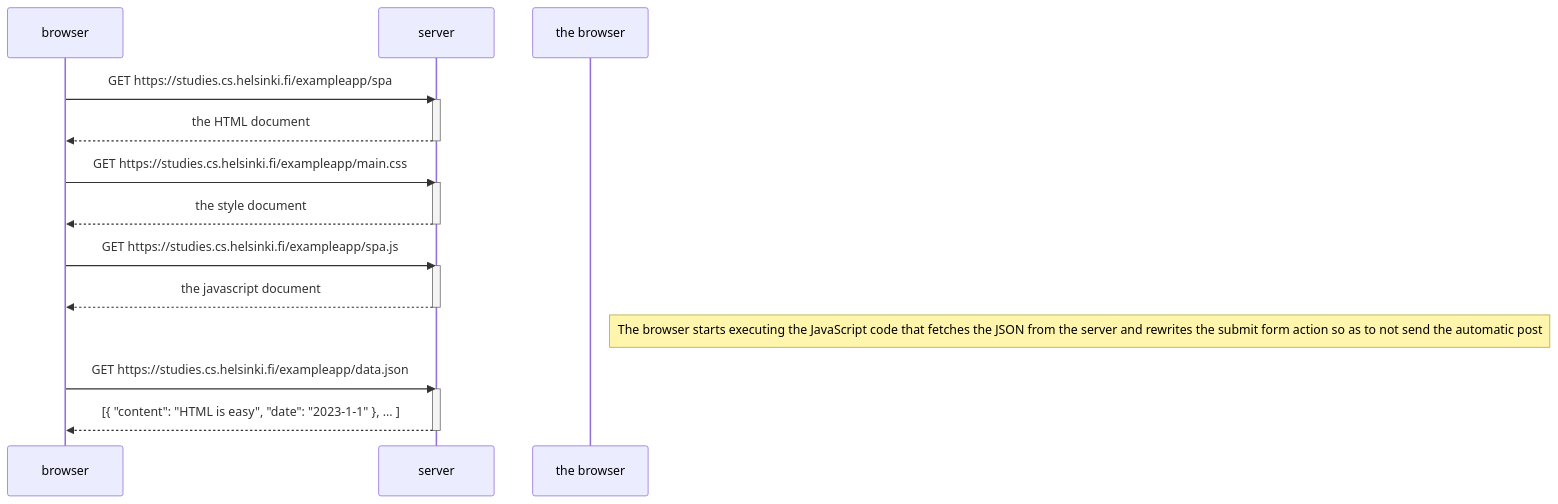
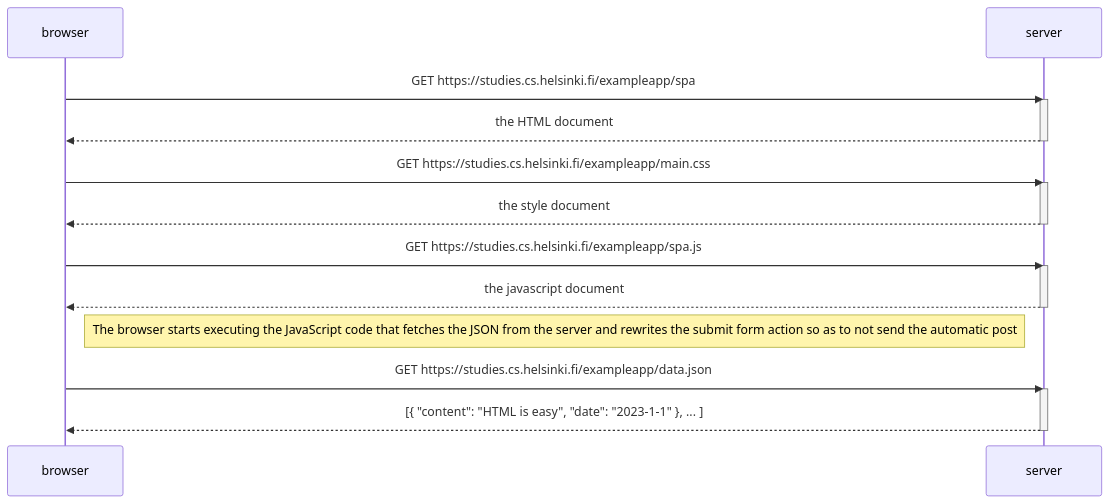
The diagram in part0/ex5.md (ElenaCM-0/FUSTA), drawn with Mermaid before and after one commit.

Commit message:
Fixing more errata

````diff
--- a/part0/ex5.md
+++ b/part0/ex5.md
@@ -1,28 +1,28 @@
 ```mermaid
 sequenceDiagram
 
 participant browser
 participant server
 
 browser->>server: GET https://studies.cs.helsinki.fi/exampleapp/spa
 activate server
 server-->>browser: the HTML document
 deactivate server
 
 browser->>server: GET https://studies.cs.helsinki.fi/exampleapp/main.css
 activate server
 server-->>browser: the style document
 deactivate server
 
 browser->>server: GET https://studies.cs.helsinki.fi/exampleapp/spa.js
 activate server
 server-->>browser: the javascript document
 deactivate server
-Note right of the browser: The browser starts executing the JavaScript code that fetches the JSON from the server and rewrites the submit form action so as to not send the automatic post
+Note right of browser: The browser starts executing the JavaScript code that fetches the JSON from the server and rewrites the submit form action so as to not send the automatic post
 
 browser->>server: GET https://studies.cs.helsinki.fi/exampleapp/data.json
 activate server
 server-->>browser: [{ "content": "HTML is easy", "date": "2023-1-1" }, ... ]
 deactivate server
 
 ```
````
